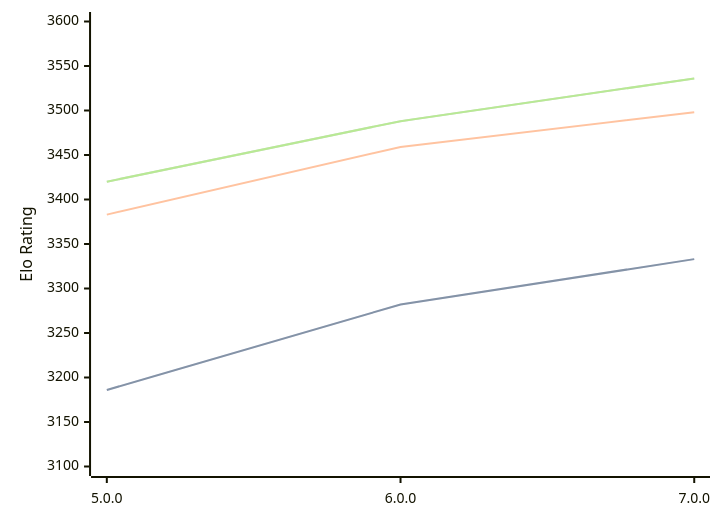
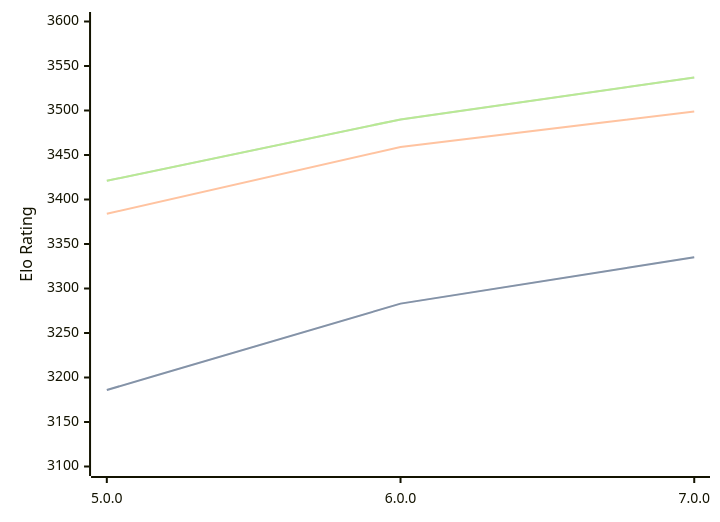
One commit to computer-chess-index/cci changed the third of 3 diagrams in engines/Stormphrax.md. Above: the diagram before and after it, drawn with Mermaid. The commit also changed other lines of this file, not shown here.

Commit message:
Update CCI Ratings (ELO VLTC) - 2026-06-22

````diff
--- a/engines/Stormphrax.md
+++ b/engines/Stormphrax.md
@@ -71,11 +71,11 @@
 ```mermaid
 %%{init: {"theme":"base","themeVariables":{"seriesColors:['#a3a3a3','#222221','#faa371']}}}%%
 xychart-beta
   x-axis ["5.0.0", "6.0.0", "7.0.0"]
   y-axis "Elo Rating" 3100 --> 3600
-  line "STC (8.0+0.08s)" [3186, 3282, 3333]
-  line "STC (8.0+0.08s)" [3186, 3282, 3333]
-  line "LTC (60.0+0.60s)" [3383, 3459, 3498]
-  line "VLTC (2m24s+1.12s)" [3420, 3488, 3536]
-  line "VLTC (2m24s+1.12s)" [3420, 3488, 3536]
+  line "STC (8.0+0.08s)" [3186, 3283, 3335]
+  line "STC (8.0+0.08s)" [3186, 3283, 3335]
+  line "LTC (60.0+0.60s)" [3384, 3459, 3499]
+  line "VLTC (2m24s+1.12s)" [3421, 3490, 3537]
+  line "VLTC (2m24s+1.12s)" [3421, 3490, 3537]
 ```
````
